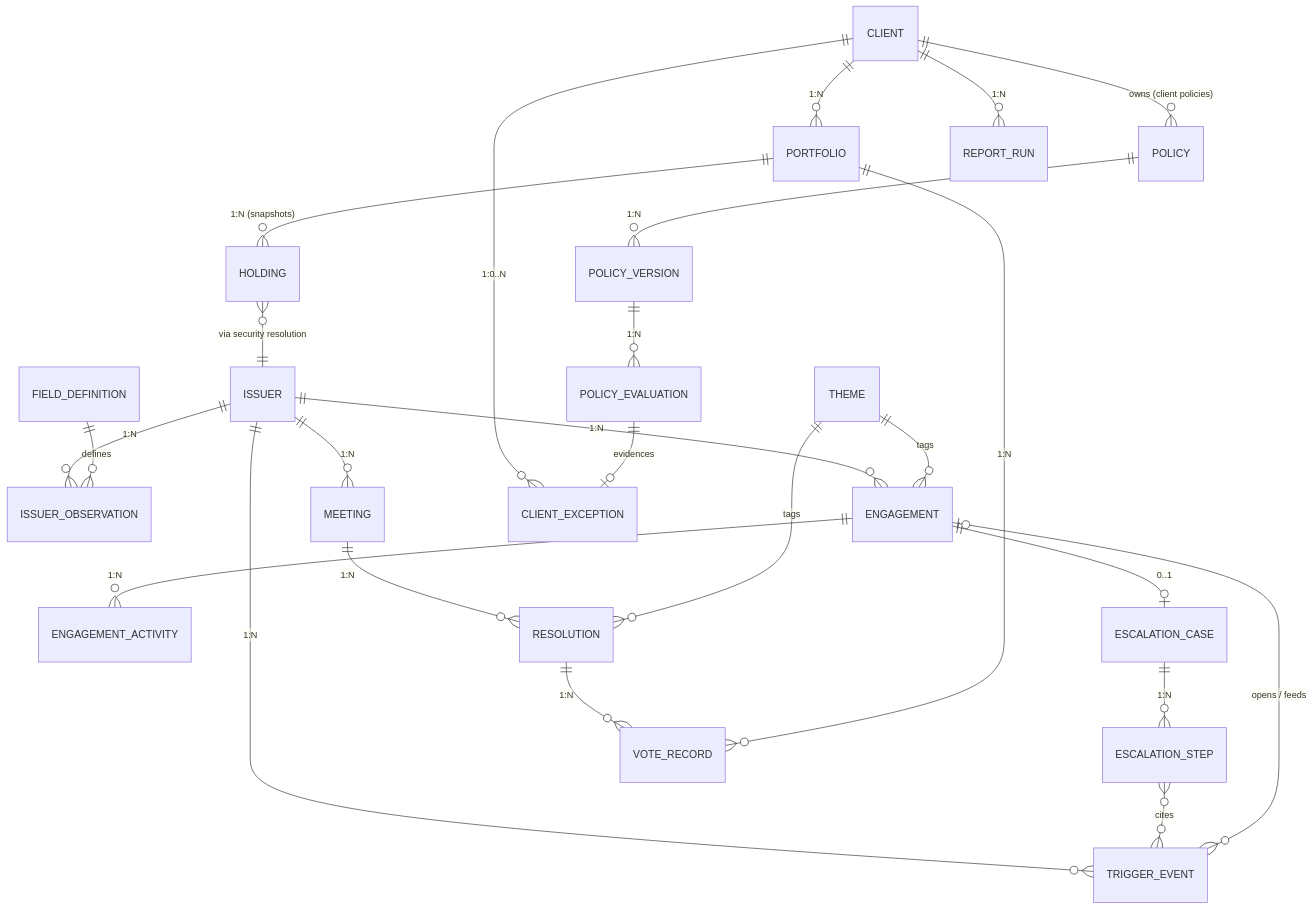
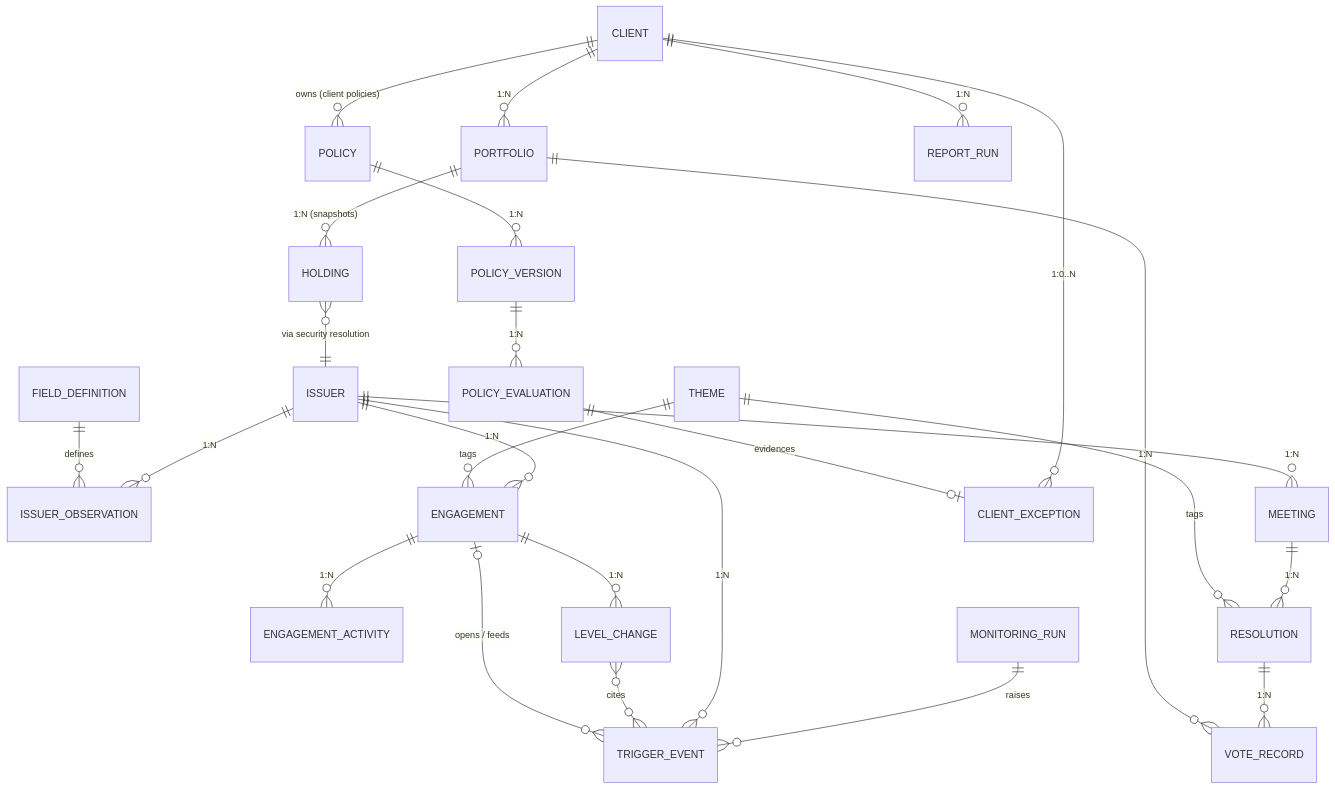
One commit to kutschersteffen-cmd/Agentic-Research-Pipeline changed the first of 3 diagrams in docs/STEWARDSHIP_OPERATING_MODEL.md. Above: the diagram before and after it, drawn with Mermaid. The commit also changed other lines of this file, not shown here.

First line of the commit message:
Docs: continuous monitoring in stage 1, selection and engagement levels in stage 2

````diff
--- a/docs/STEWARDSHIP_OPERATING_MODEL.md
+++ b/docs/STEWARDSHIP_OPERATING_MODEL.md
@@ -42,27 +42,27 @@
 ```mermaid
 erDiagram
     ISSUER ||--o{ ISSUER_OBSERVATION : "1:N"
     FIELD_DEFINITION ||--o{ ISSUER_OBSERVATION : "defines"
     ISSUER ||--o{ ENGAGEMENT : "1:N"
     THEME ||--o{ ENGAGEMENT : "tags"
     ENGAGEMENT ||--o{ ENGAGEMENT_ACTIVITY : "1:N"
-    ENGAGEMENT ||--o| ESCALATION_CASE : "0..1"
-    ESCALATION_CASE ||--o{ ESCALATION_STEP : "1:N"
+    ENGAGEMENT ||--o{ LEVEL_CHANGE : "1:N"
+    MONITORING_RUN ||--o{ TRIGGER_EVENT : "raises"
     ISSUER ||--o{ TRIGGER_EVENT : "1:N"
     TRIGGER_EVENT }o--o| ENGAGEMENT : "opens / feeds"
-    ESCALATION_STEP }o--o{ TRIGGER_EVENT : "cites"
+    LEVEL_CHANGE }o--o{ TRIGGER_EVENT : "cites"
     ISSUER ||--o{ MEETING : "1:N"
     MEETING ||--o{ RESOLUTION : "1:N"
     THEME ||--o{ RESOLUTION : "tags"
     RESOLUTION ||--o{ VOTE_RECORD : "1:N"
     PORTFOLIO ||--o{ VOTE_RECORD : "1:N"
     POLICY ||--o{ POLICY_VERSION : "1:N"
     POLICY_VERSION ||--o{ POLICY_EVALUATION : "1:N"
     CLIENT ||--o{ POLICY : "owns (client policies)"
     CLIENT ||--o{ PORTFOLIO : "1:N"
     PORTFOLIO ||--o{ HOLDING : "1:N (snapshots)"
     HOLDING }o--|| ISSUER : "via security resolution"
     CLIENT ||--o{ CLIENT_EXCEPTION : "1:0..N"
     POLICY_EVALUATION ||--o| CLIENT_EXCEPTION : "evidences"
     CLIENT ||--o{ REPORT_RUN : "1:N"
 ```
````
